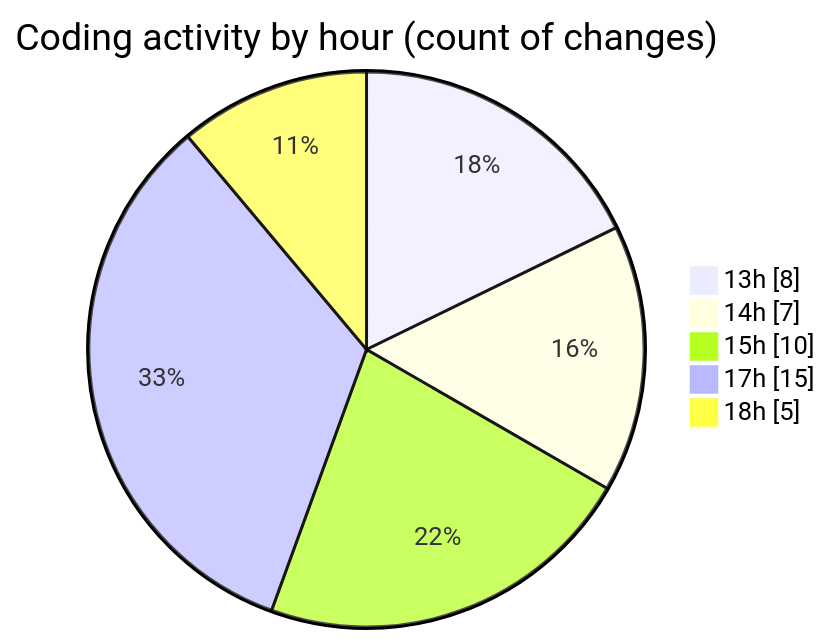
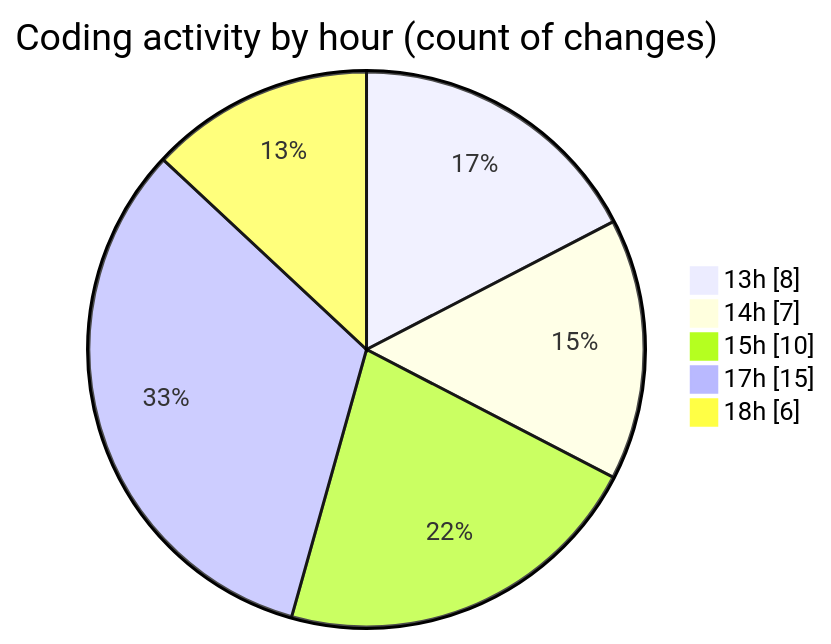
The second of 2 diagrams in 2025-04-03/jsvms/README.md (BS-eng2023/code-tracking), drawn with Mermaid before and after one commit. The commit also changed other lines of this file and 1 other file, not shown here.

````diff
--- a/2025-04-03/jsvms/README.md
+++ b/2025-04-03/jsvms/README.md
@@ -39,9 +39,9 @@
 ```mermaid
 pie showData
 title Coding activity by hour (count of changes)
 "13h" : 8
 "14h" : 7
 "15h" : 10
 "17h" : 15
-"18h" : 5
+"18h" : 6
 ```
````
